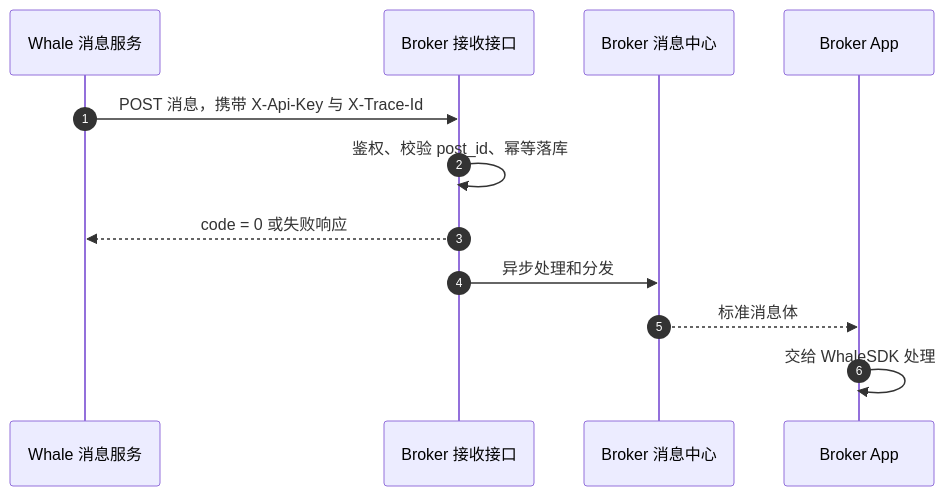
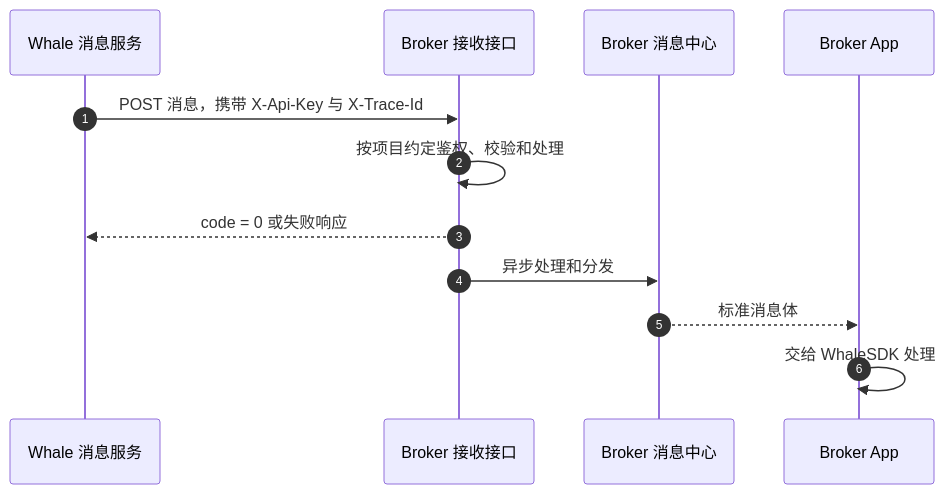
One commit to longbridge/whale-docs changed the diagram in cn/docs/server-message-forwarding.mdx. Above: the diagram before and after it, drawn with Mermaid. The commit also changed other lines of this file and 3 other files, not shown here.

````diff
--- a/cn/docs/server-message-forwarding.mdx
+++ b/cn/docs/server-message-forwarding.mdx
@@ -10,14 +10,14 @@
 ```mermaid
 sequenceDiagram
     autonumber
     participant Whale as Whale 消息服务
     participant API as Broker 接收接口
     participant Center as Broker 消息中心
     participant App as Broker App
     Whale->>API: POST 消息，携带 X-Api-Key 与 X-Trace-Id
-    API->>API: 鉴权、校验 post_id、幂等落库
+    API->>API: 按项目约定鉴权、校验和处理
     API-->>Whale: code = 0 或失败响应
     API->>Center: 异步处理和分发
     Center-->>App: 标准消息体
     App->>App: 交给 WhaleSDK 处理
 ```
````
